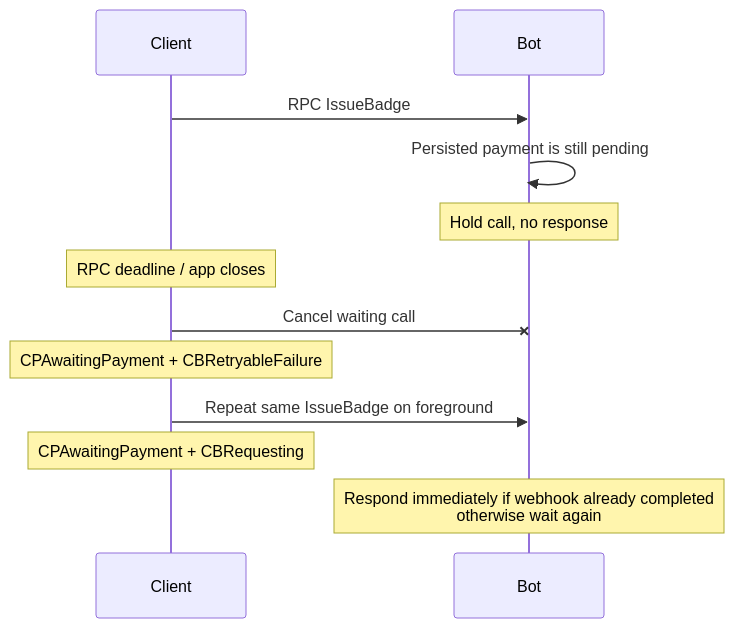
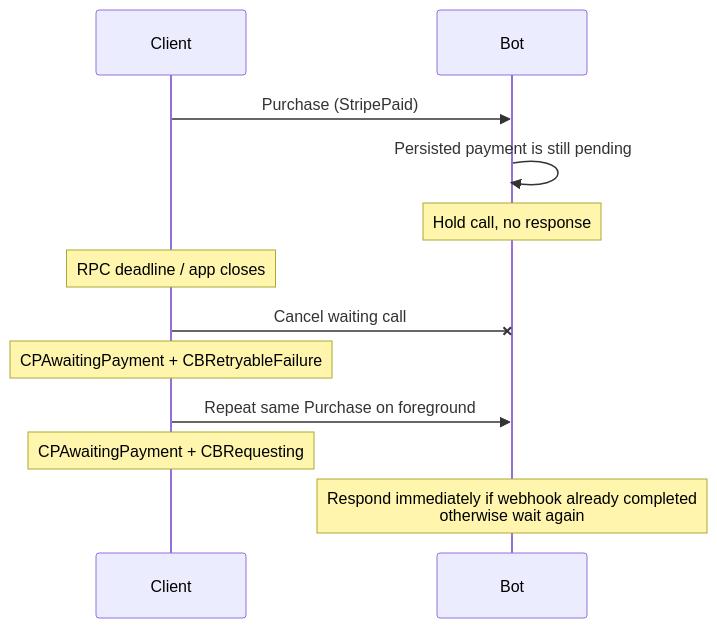
Before and after one commit to simplex-chat/simplex-chat: the eighth of 12 diagrams in plans/2026-07-20-supporter-badges-v2-product.md, drawn with Mermaid. The commit also changed other lines of this file and 3 other files, not shown here.

````diff
--- a/plans/2026-07-20-supporter-badges-v2-product.md
+++ b/plans/2026-07-20-supporter-badges-v2-product.md
@@ -230,14 +234,14 @@
 ```mermaid
 sequenceDiagram
   participant C as Client
   participant B as Bot
-  C->>B: RPC IssueBadge
+  C->>B: Purchase (StripePaid)
   B->>B: Persisted payment is still pending
   Note over B: Hold call, no response
   Note over C: RPC deadline / app closes
   C-xB: Cancel waiting call
   Note over C: CPAwaitingPayment + CBRetryableFailure
-  C->>B: Repeat same IssueBadge on foreground
+  C->>B: Repeat same Purchase on foreground
   Note over C: CPAwaitingPayment + CBRequesting
   Note over B: Respond immediately if webhook already completed<br/>otherwise wait again
 ```
````
